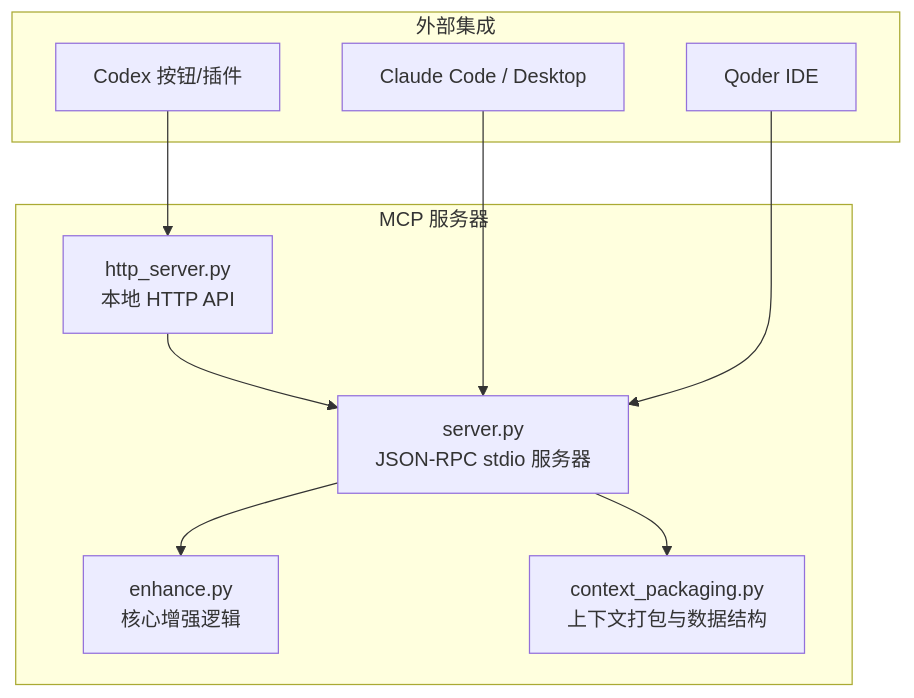
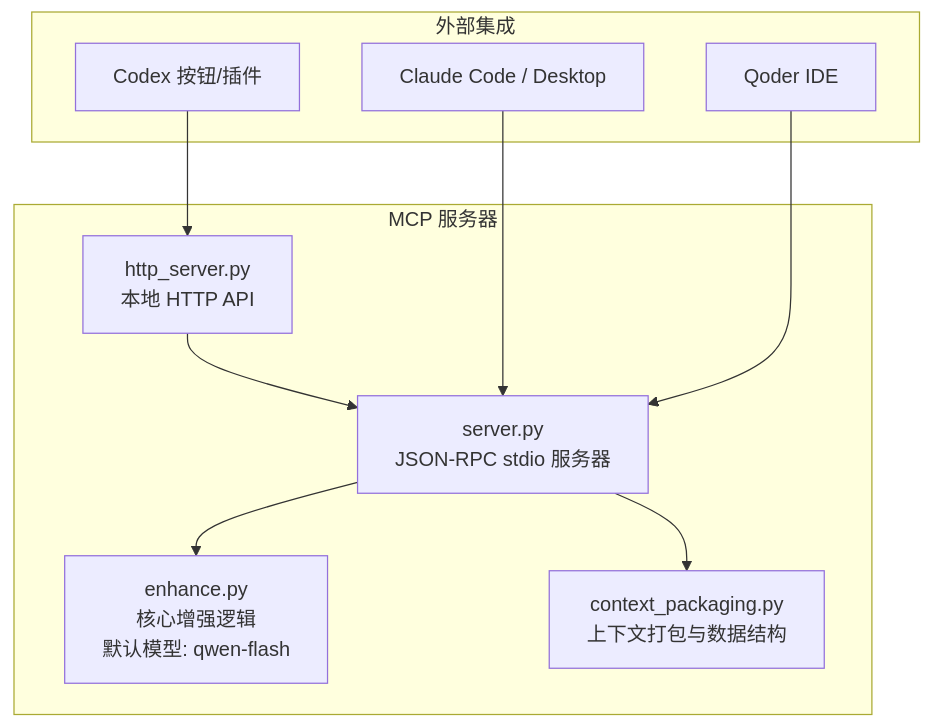
Before and after one commit to WyRainBow/PromptCocoPilot: the first of 4 diagrams in .qoder/repowiki/zh/content/核心架构/MCP 服务器.md, drawn with Mermaid. The commit also changed other lines of this file and 57 other files, not shown here.

````diff
--- a/.qoder/repowiki/zh/content/核心架构/MCP 服务器.md
+++ b/.qoder/repowiki/zh/content/核心架构/MCP 服务器.md
@@ -47,20 +53,20 @@
 ```mermaid
 graph TB
 subgraph "MCP 服务器"
 S["server.py<br/>JSON-RPC stdio 服务器"]
-E["enhance.py<br/>核心增强逻辑"]
+E["enhance.py<br/>核心增强逻辑<br/>默认模型: qwen-flash"]
 C["context_packaging.py<br/>上下文打包与数据结构"]
 H["http_server.py<br/>本地 HTTP API"]
 end
 subgraph "外部集成"
 CC["Claude Code / Desktop"]
 QD["Qoder IDE"]
 EX["Codex 按钮/插件"]
 end
 S --> E
 S --> C
 H --> S
 CC --> S
 QD --> S
 EX --> H
 ```
````
